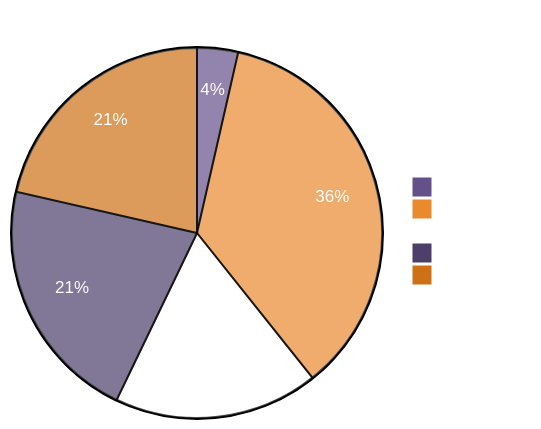
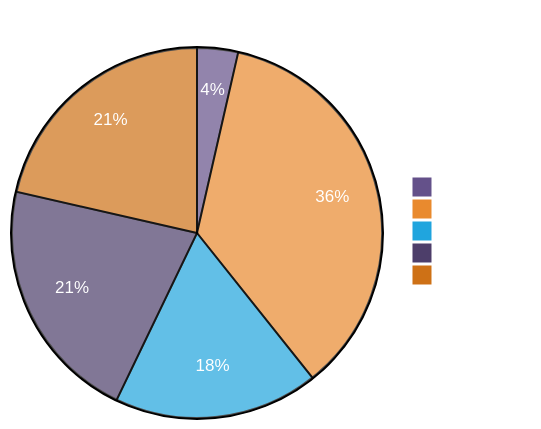
Before and after one commit to frica/mermaid-playground: the fourth of 4 diagrams in README.md, drawn with Mermaid. The commit also changed other lines of this file, not shown here.

Commit message:
improve custom colors

````diff
--- a/README.md
+++ b/README.md
@@ -40,22 +45,21 @@
 ```mermaid
-%%{
-  init: {
+%%{init: {
     'theme': 'base',
     'themeVariables': {
       'primaryColor': '#64518a',
       'primaryTextColor': '#fff',
       'primaryBorderColor': '#7C0000',
       'lineColor': '#F8B229',
       'secondaryColor': '#e98a2e',
-      'tertiaryColor': '#fff'
+      'tertiaryColor': '#20a5de'
     }
   }
 }%%
 pie
     title Status
     "New" : 1
     "Ongoing" : 10
     "Code review" : 5
     "Resolved" :  6
     "Closed" : 6
 ```
````
